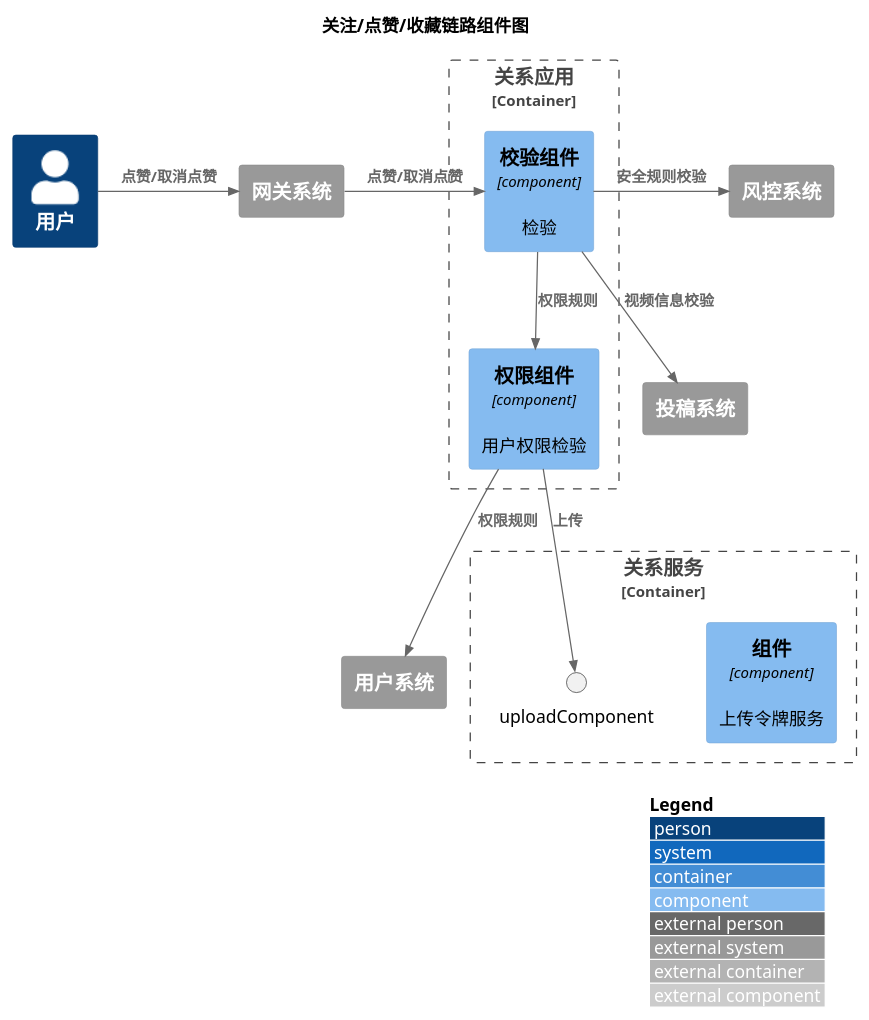
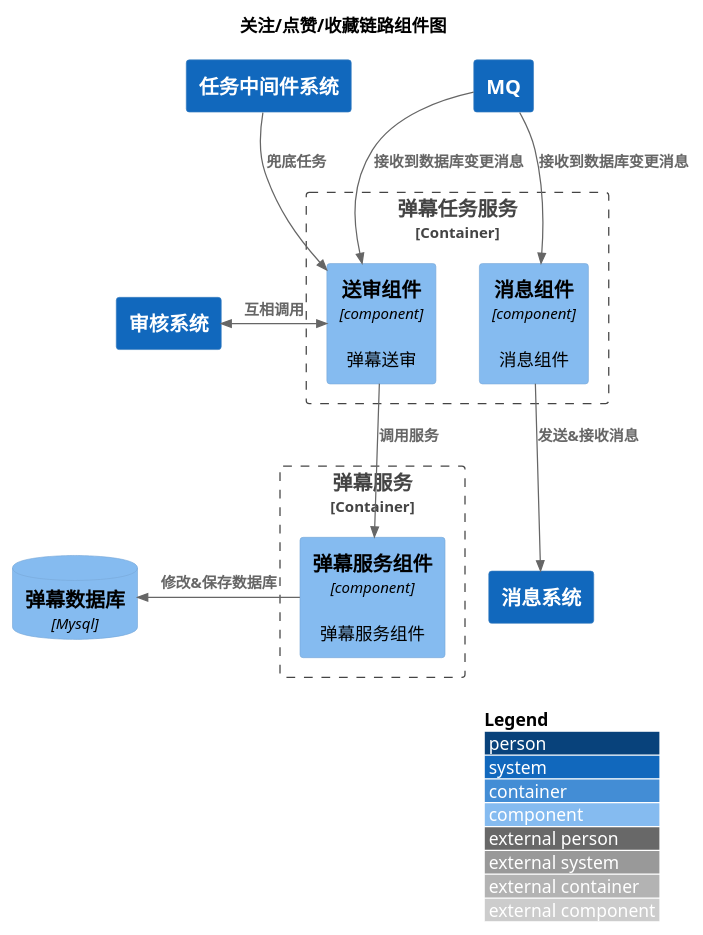
One commit to nxnnxn/community-doc changed the diagram in puml/interact/content/barrage/audit/component.puml. Above: the diagram before and after it, drawn with PlantUML. The commit also changed 1 other file, not shown here.

```diff
--- a/puml/interact/content/barrage/audit/component.puml
+++ b/puml/interact/content/barrage/audit/component.puml
@@ -1,42 +1,35 @@
 @startuml
 !include <C4/C4_Component>
 LAYOUT_WITH_LEGEND()
 
 title 关注/点赞/收藏链路组件图
 
-Person(user, "用户")
-System_Ext(gateway,"网关系统")
-Rel_R(user, gateway, "点赞/取消点赞")
+System(rocketmq,"MQ")
+System(auditSystem,"审核系统")
+System(job,"任务中间件系统")
 
-Container_Boundary(relationFacade, "关系应用"){
-    Component(checkComponent, "校验组件", "component", "检验")
-    Component(authComponent, "权限组件", "component", "用户权限检验")
-    Rel_R(gateway, checkComponent, "点赞/取消点赞")
-    Rel(checkComponent, authComponent, "权限规则")
+Container_Boundary(barrageJobService, "弹幕任务服务"){
+    Component(auditComponent, "送审组件", "component", "弹幕送审")
+    Component(messageComponent, "消息组件", "component", "消息组件")
+}
+Container_Boundary(barrageService, "弹幕服务"){
+    Component(barrageComponent, "弹幕服务组件", "component", "弹幕服务组件")
 }
 
-Container_Boundary(relationService, "关系服务"){
-    Component(relationComponent, "组件", "component", "上传令牌服务")
-    Rel(authComponent, uploadComponent, "上传")
-}
+System(messageSystem,"消息系统")
+ComponentDb(db, "弹幕数据库", "Mysql")
 
-
-
-System_Ext(security,"风控系统")
-System_Ext(video,"投稿系统")
-System_Ext(userSystem,"用户系统")
-
-Rel_R(checkComponent, security, "安全规则校验")
-Rel(checkComponent, video, "视频信息校验")
-Rel(authComponent, userSystem, "权限规则")
-
-
-
-
+Rel(rocketmq, auditComponent, "接收到数据库变更消息")
+Rel(rocketmq, messageComponent, "接收到数据库变更消息")
+Rel(job, auditComponent, "兜底任务")
+BiRel_L(auditComponent, auditSystem, "互相调用")
+Rel(messageComponent, messageSystem, "发送&接收消息")
+Rel(auditComponent, barrageComponent, "调用服务")
+Rel_L(barrageComponent, db, "修改&保存数据库")
 
 
 
 
 
 
 @enduml
```
